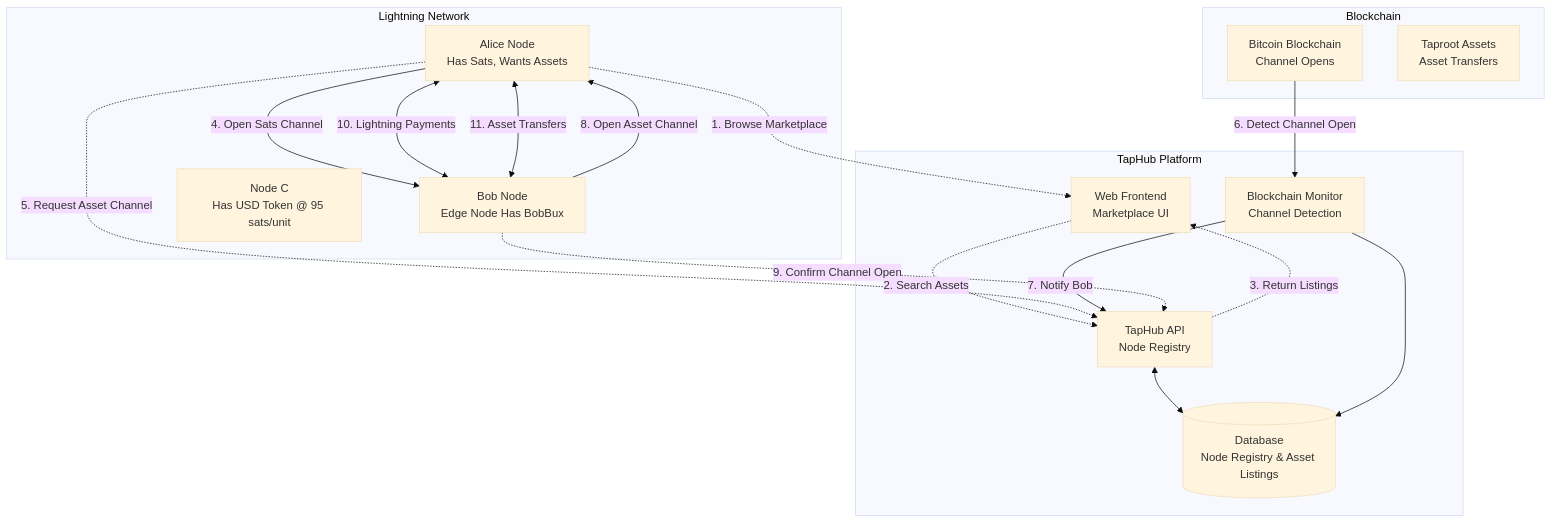
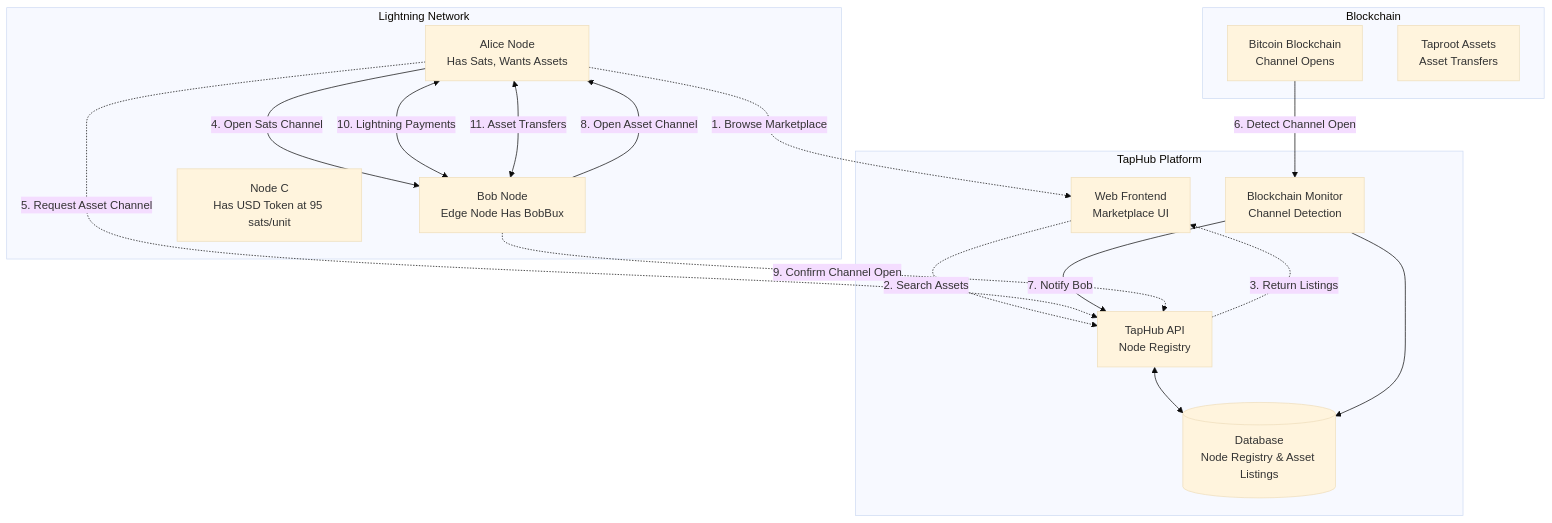
One commit to bitcoin-coder-bob/TapHub changed the first of 4 diagrams in docs/taphub-architecture.md. Above: the diagram before and after it, drawn with Mermaid (base theme).

````diff
--- a/docs/taphub-architecture.md
+++ b/docs/taphub-architecture.md
@@ -9,39 +9,39 @@
 ```mermaid
 graph TB
     subgraph "TapHub Platform"
         WEB[Web Frontend<br/>Marketplace UI]
         API[TapHub API<br/>Node Registry]
         MONITOR[Blockchain Monitor<br/>Channel Detection]
         DB[(Database<br/>Node Registry & Asset Listings)]
     end
 
     subgraph "Lightning Network"
         ALICE[Alice Node<br/>Has Sats, Wants Assets]
         BOB[Bob Node<br/>Edge Node Has BobBux]
-        NODE_C[Node C<br/>Has USD Token @ 95 sats/unit]
+        NODE_C[Node C<br/>Has USD Token at 95 sats/unit]
     end
 
     subgraph "Blockchain"
         BTC[Bitcoin Blockchain<br/>Channel Opens]
         TAP[Taproot Assets<br/>Asset Transfers]
     end
 
     ALICE -.->|1. Browse Marketplace| WEB
     WEB -.->|2. Search Assets| API
     API -.->|3. Return Listings| WEB
     
     ALICE -->|4. Open Sats Channel| BOB
     ALICE -.->|5. Request Asset Channel| API
     
     BTC -->|6. Detect Channel Open| MONITOR
     MONITOR -->|7. Notify Bob| API
     
     BOB -->|8. Open Asset Channel| ALICE
     BOB -.->|9. Confirm Channel Open| API
     
     ALICE <-->|10. Lightning Payments| BOB
     ALICE <-->|11. Asset Transfers| BOB
     
     API <--> DB
     MONITOR --> DB
 ```
````
